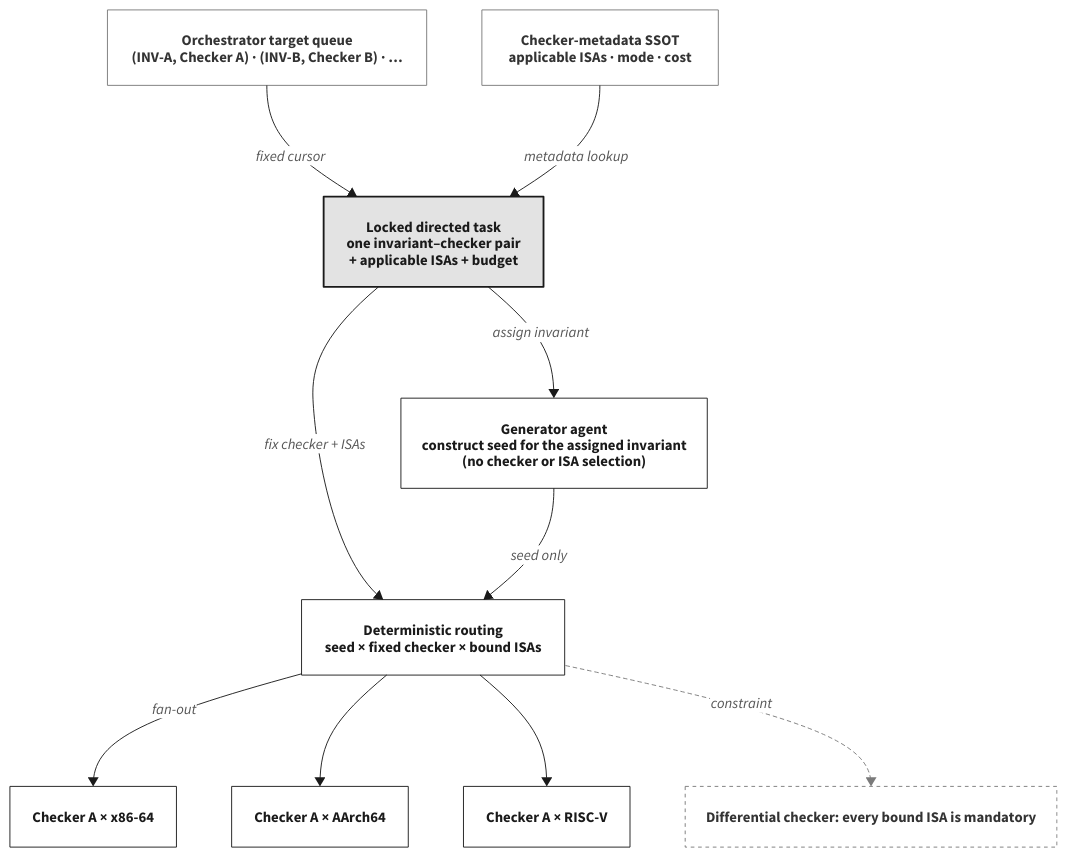
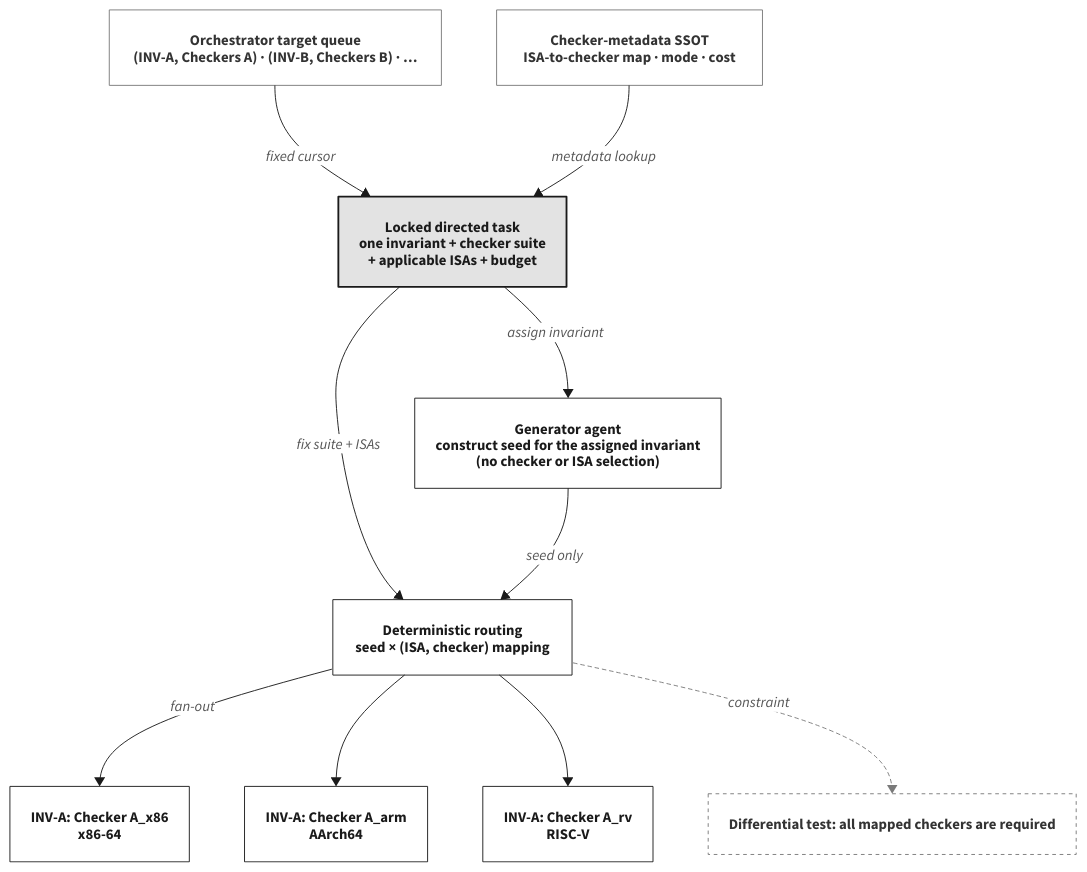
The diagram in figures/src/checker-routing.d2 (SEU-SSH/zjy-paper), drawn with D2 before and after one commit. The commit also changed 17 other files, not shown here.

Commit message:
docs(paper): clarify ISA-specific checkers per invariant

```diff
--- a/figures/src/checker-routing.d2
+++ b/figures/src/checker-routing.d2
@@ -1,31 +1,31 @@
 # Fig: orchestrator-owned invariant-checker routing (academic monochrome)
 # render: d2 --theme=0 --pad=8 checker-routing.d2 ../checker-routing.svg
 
 classes: {
   state: { style: { fill: white; stroke: "#7A7A7A"; stroke-width: 1; font-color: "#333333" } }
   key:   { style: { fill: "#E3E3E3"; stroke: "#1A1A1A"; stroke-width: 2; font-color: "#1A1A1A" } }
   node:  { style: { fill: white; stroke: "#1A1A1A"; stroke-width: 1; font-color: "#1A1A1A" } }
   note:  { style: { fill: white; stroke: "#7A7A7A"; stroke-width: 1; stroke-dash: 4; font-color: "#333333" } }
 }
 
 direction: down
 
-queue: "Orchestrator target queue\n(INV-A, Checker A) · (INV-B, Checker B) · …" { class: state }
-meta: "Checker-metadata SSOT\napplicable ISAs · mode · cost" { class: state }
-lock: "Locked directed task\none invariant–checker pair\n+ applicable ISAs + budget" { class: key }
+queue: "Orchestrator target queue\n(INV-A, Checkers A) · (INV-B, Checkers B) · …" { class: state }
+meta: "Checker-metadata SSOT\nISA-to-checker map · mode · cost" { class: state }
+lock: "Locked directed task\none invariant + checker suite\n+ applicable ISAs + budget" { class: key }
 gen: "Generator agent\nconstruct seed for the assigned invariant\n(no checker or ISA selection)" { class: node }
-routing: "Deterministic routing\nseed × fixed checker × bound ISAs" { class: node }
-x86: "Checker A × x86-64" { class: node }
-arm: "Checker A × AArch64" { class: node }
-rv: "Checker A × RISC-V" { class: node }
-rule: "Differential checker: every bound ISA is mandatory" { class: note }
+routing: "Deterministic routing\nseed × (ISA, checker) mapping" { class: node }
+x86: "INV-A: Checker A_x86\nx86-64" { class: node }
+arm: "INV-A: Checker A_arm\nAArch64" { class: node }
+rv: "INV-A: Checker A_rv\nRISC-V" { class: node }
+rule: "Differential test: all mapped checkers are required" { class: note }
 
 queue -> lock: "fixed cursor" { style: { stroke: "#1A1A1A"; stroke-width: 1; font-color: "#555555" } }
 meta -> lock: "metadata lookup" { style: { stroke: "#1A1A1A"; stroke-width: 1; font-color: "#555555" } }
 lock -> gen: "assign invariant" { style: { stroke: "#1A1A1A"; stroke-width: 1; font-color: "#555555" } }
-lock -> routing: "fix checker + ISAs" { style: { stroke: "#1A1A1A"; stroke-width: 1; font-color: "#555555" } }
+lock -> routing: "fix suite + ISAs" { style: { stroke: "#1A1A1A"; stroke-width: 1; font-color: "#555555" } }
 gen -> routing: "seed only" { style: { stroke: "#1A1A1A"; stroke-width: 1; font-color: "#555555" } }
 routing -> x86: "fan-out" { style: { stroke: "#1A1A1A"; stroke-width: 1; font-color: "#555555" } }
 routing -> arm: "" { style: { stroke: "#1A1A1A"; stroke-width: 1 } }
 routing -> rv: "" { style: { stroke: "#1A1A1A"; stroke-width: 1 } }
 routing -> rule: "constraint" { style: { stroke: "#7A7A7A"; stroke-width: 1; stroke-dash: 4; font-color: "#555555" } }
```
